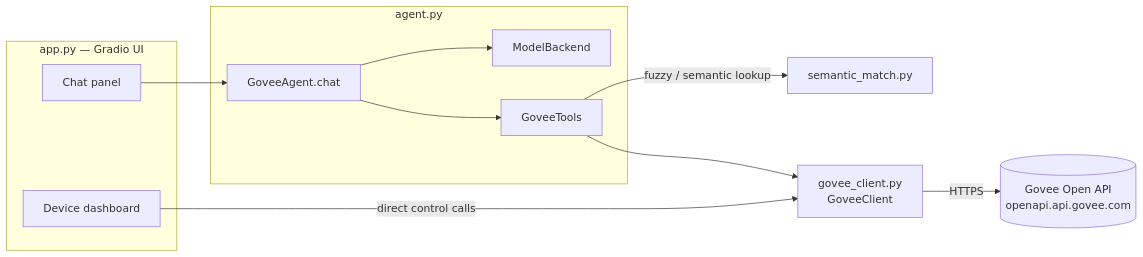
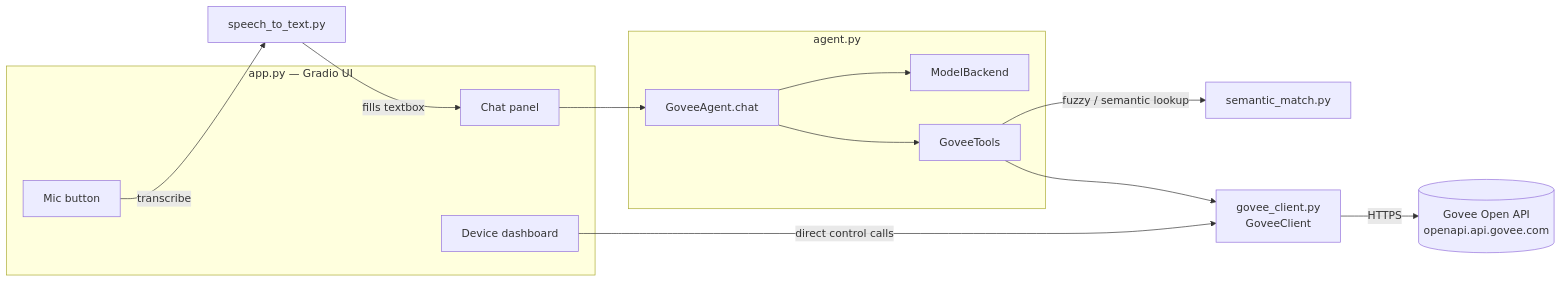
The first of 2 diagrams in Govee AI Assistant/README.md (NyX3Ton/nyx3ton-project), drawn with Mermaid before and after one commit. The commit also changed other lines of this file and 5 other files, not shown here.

Commit message:
adding multilingual and speech to text capability

````diff
--- a/Govee AI Assistant/README.md
+++ b/Govee AI Assistant/README.md
@@ -82,25 +91,29 @@
 ```mermaid
 flowchart LR
     subgraph UI["app.py — Gradio UI"]
         Dash[Device dashboard]
         Chat[Chat panel]
+        Mic[Mic button]
     end
 
     subgraph Agent["agent.py"]
         GA[GoveeAgent.chat]
         MB[ModelBackend]
         GT[GoveeTools]
     end
 
     SM[semantic_match.py]
+    STT[speech_to_text.py]
     GC[govee_client.py<br/>GoveeClient]
     API[(Govee Open API<br/>openapi.api.govee.com)]
 
     Dash -- direct control calls --> GC
+    Mic -- transcribe --> STT
+    STT -- fills textbox --> Chat
     Chat --> GA
     GA --> MB
     GA --> GT
     GT -- fuzzy / semantic lookup --> SM
     GT --> GC
     GC -- HTTPS --> API
 ```
````
